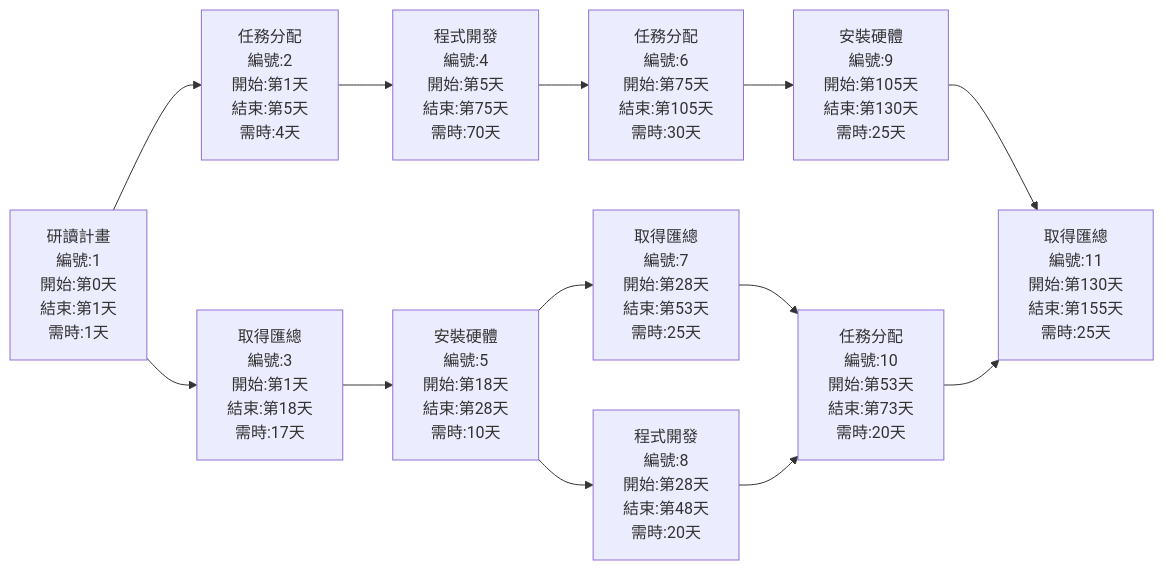
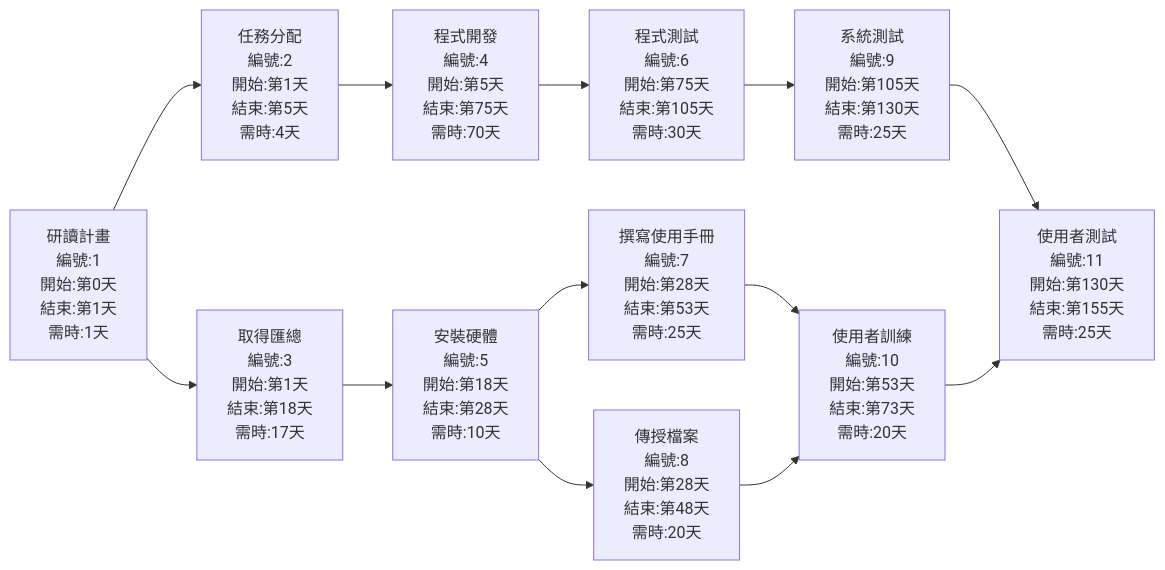
One commit to DeGUAouo/114-1a changed the second of 2 diagrams in hw2.md. Above: the diagram before and after it, drawn with Mermaid. The commit also changed other lines of this file, not shown here.

````diff
--- a/hw2.md
+++ b/hw2.md
@@ -22,28 +23,28 @@
 ```mermaid
 graph LR
     no1["研讀計畫<br>編號:1<br>開始:第0天<br>結束:第1天<br>需時:1天"]
     no2["任務分配<br>編號:2<br>開始:第1天<br>結束:第5天<br>需時:4天"]
     no3["取得匯總<br>編號:3<br>開始:第1天<br>結束:第18天<br>需時:17天"]
     no4["程式開發<br>編號:4<br>開始:第5天<br>結束:第75天<br>需時:70天"]
     no5["安裝硬體<br>編號:5<br>開始:第18天<br>結束:第28天<br>需時:10天"]
-    no6["任務分配<br>編號:6<br>開始:第75天<br>結束:第105天<br>需時:30天"]
-    no7["取得匯總<br>編號:7<br>開始:第28天<br>結束:第53天<br>需時:25天"]
-    no8["程式開發<br>編號:8<br>開始:第28天<br>結束:第48天<br>需時:20天"]
-    no9["安裝硬體<br>編號:9<br>開始:第105天<br>結束:第130天<br>需時:25天"]
-    no10["任務分配<br>編號:10<br>開始:第53天<br>結束:第73天<br>需時:20天"]
-    no11["取得匯總<br>編號:11<br>開始:第130天<br>結束:第155天<br>需時:25天"]
+    no6["程式測試<br>編號:6<br>開始:第75天<br>結束:第105天<br>需時:30天"]
+    no7["撰寫使用手冊<br>編號:7<br>開始:第28天<br>結束:第53天<br>需時:25天"]
+    no8["傳授檔案<br>編號:8<br>開始:第28天<br>結束:第48天<br>需時:20天"]
+    no9["系統測試<br>編號:9<br>開始:第105天<br>結束:第130天<br>需時:25天"]
+    no10["使用者訓練<br>編號:10<br>開始:第53天<br>結束:第73天<br>需時:20天"]
+    no11["使用者測試<br>編號:11<br>開始:第130天<br>結束:第155天<br>需時:25天"]
 
     no1 --> no2
     no1 --> no3
     no2 --> no4
     no3 --> no5
     no4 --> no6
     no5 --> no7
     no5 --> no8
     no6 --> no9
     no7 --> no10
     no8 --> no10
     no9 --> no11
     no10 --> no11
 
 ```
````
